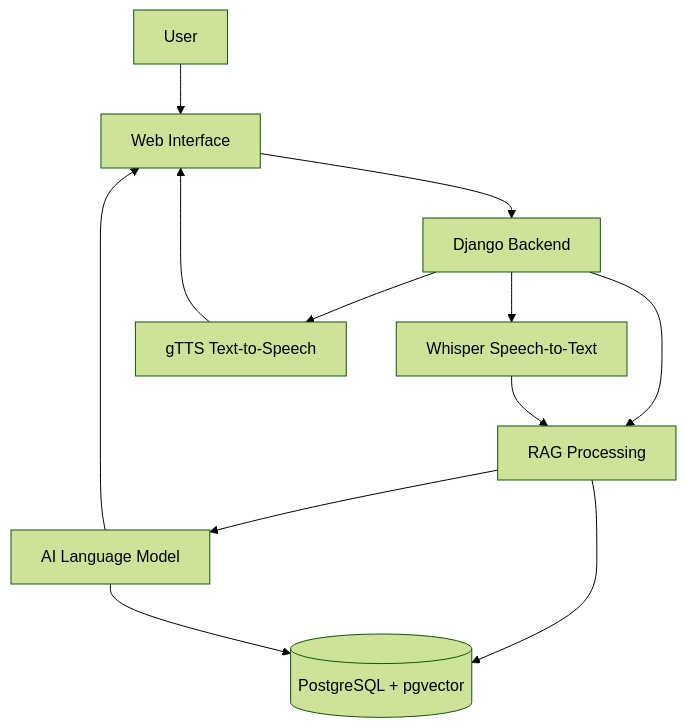
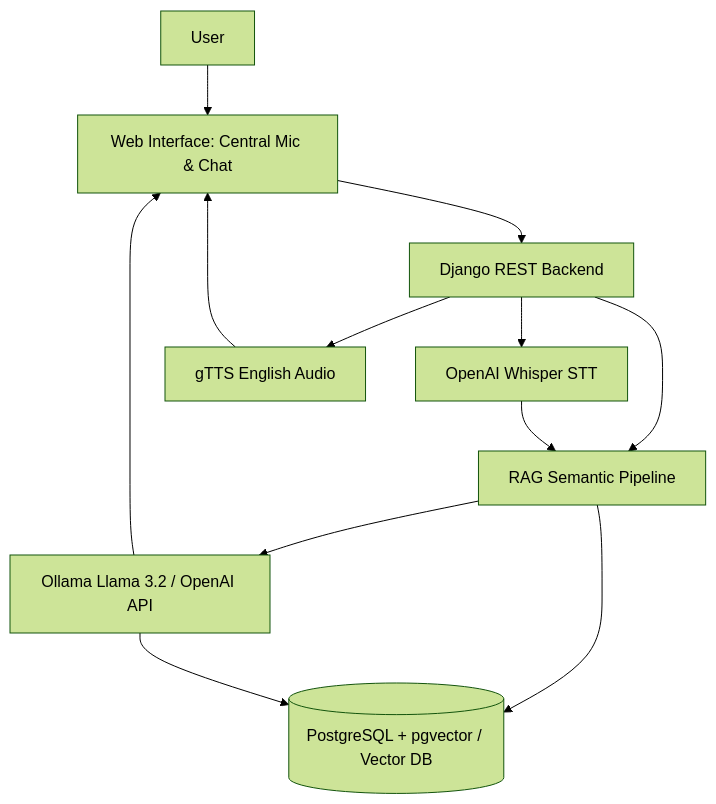
One commit to shreyashhtiwarii/Adawat changed the diagram in README.md. Above: the diagram before and after it, drawn with Mermaid (forest theme). The commit also changed other lines of this file and 6 other files, not shown here.

````diff
--- a/README.md
+++ b/README.md
@@ -33,17 +46,17 @@
 ```mermaid
 flowchart TD
-    U[User] --> UI[Web Interface]
-    UI --> API[Django Backend]
+    U[User] --> UI[Web Interface: Central Mic & Chat]
+    UI --> API[Django REST Backend]
 
-    API --> STT[Whisper Speech-to-Text]
-    API --> RAG[RAG Processing]
-    API --> TTS[gTTS Text-to-Speech]
+    API --> STT[OpenAI Whisper STT]
+    API --> RAG[RAG Semantic Pipeline]
+    API --> TTS[gTTS English Audio]
 
     STT --> RAG
-    RAG --> DB[(PostgreSQL + pgvector)]
-    RAG --> LLM[AI Language Model]
+    RAG --> DB[(PostgreSQL + pgvector / Vector DB)]
+    RAG --> LLM[Ollama Llama 3.2 / OpenAI API]
     LLM --> DB
     LLM --> UI
 
     TTS --> UI
 ```
````
